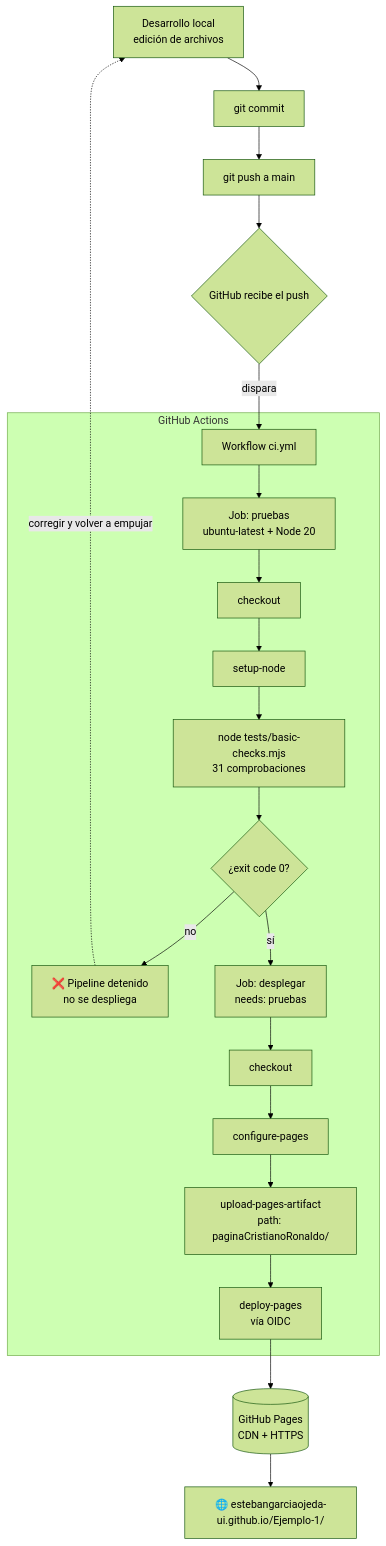
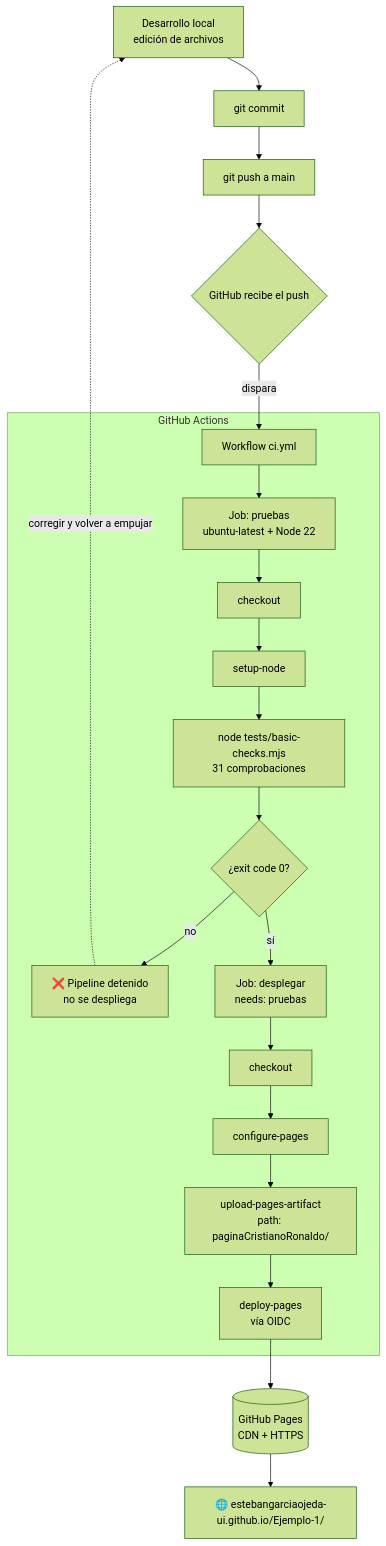
Before and after one commit to estebangarciaojeda-ui/Ejemplo-1: the diagram in CI-CD.md, drawn with Mermaid (forest theme). The commit also changed other lines of this file and 1 other file, not shown here.

First line of the commit message:
ci: eliminar avisos del pipeline (errores de Pages y Node 20)

````diff
--- a/CI-CD.md
+++ b/CI-CD.md
@@ -119,25 +119,25 @@
 ```mermaid
 flowchart TD
     A[Desarrollo local<br/>edición de archivos] --> B[git commit]
     B --> C[git push a main]
     C --> D{GitHub recibe el push}
     D -->|dispara| E[Workflow ci.yml]
 
     subgraph GHA [GitHub Actions]
-        E --> F[Job: pruebas<br/>ubuntu-latest + Node 20]
+        E --> F[Job: pruebas<br/>ubuntu-latest + Node 22]
         F --> F1[checkout]
         F1 --> F2[setup-node]
         F2 --> F3[node tests/basic-checks.mjs<br/>31 comprobaciones]
         F3 --> G{¿exit code 0?}
         G -->|no| H[❌ Pipeline detenido<br/>no se despliega]
         G -->|sí| I[Job: desplegar<br/>needs: pruebas]
         I --> I1[checkout]
         I1 --> I2[configure-pages]
         I2 --> I3[upload-pages-artifact<br/>path: paginaCristianoRonaldo/]
         I3 --> I4[deploy-pages<br/>vía OIDC]
     end
 
     I4 --> J[(GitHub Pages<br/>CDN + HTTPS)]
     J --> K[🌐 estebangarciaojeda-ui.github.io/Ejemplo-1/]
     H -.->|corregir y volver a empujar| A
 ```
````
